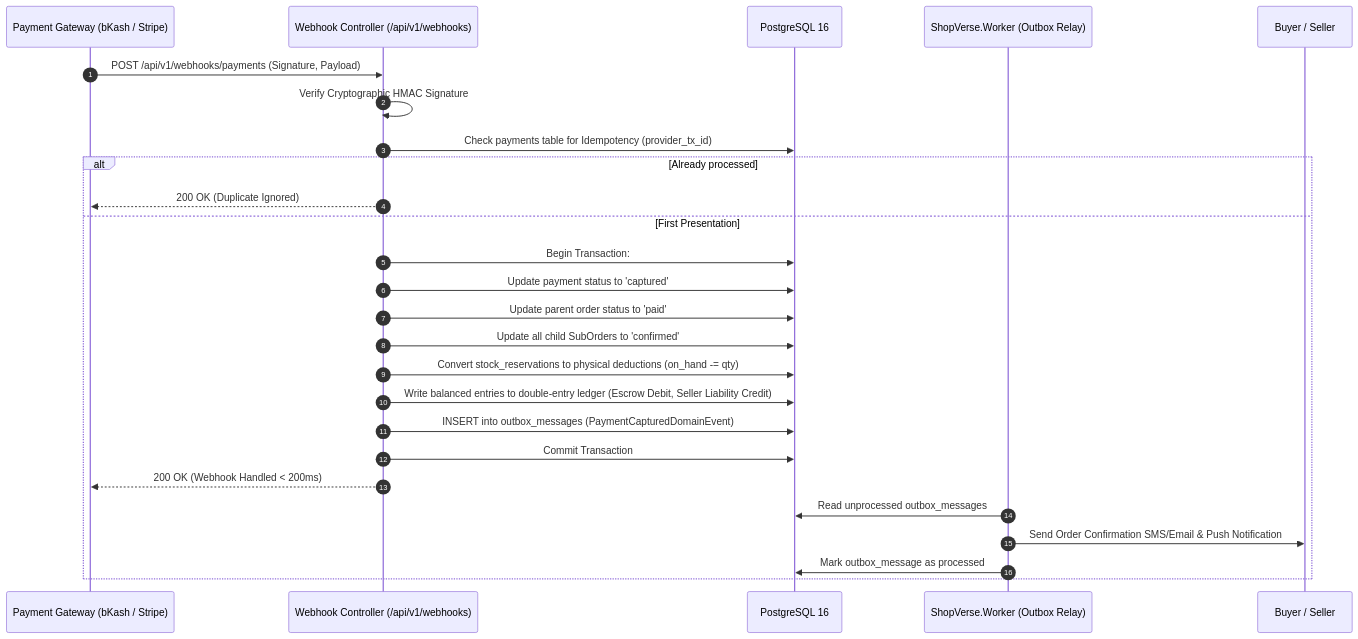
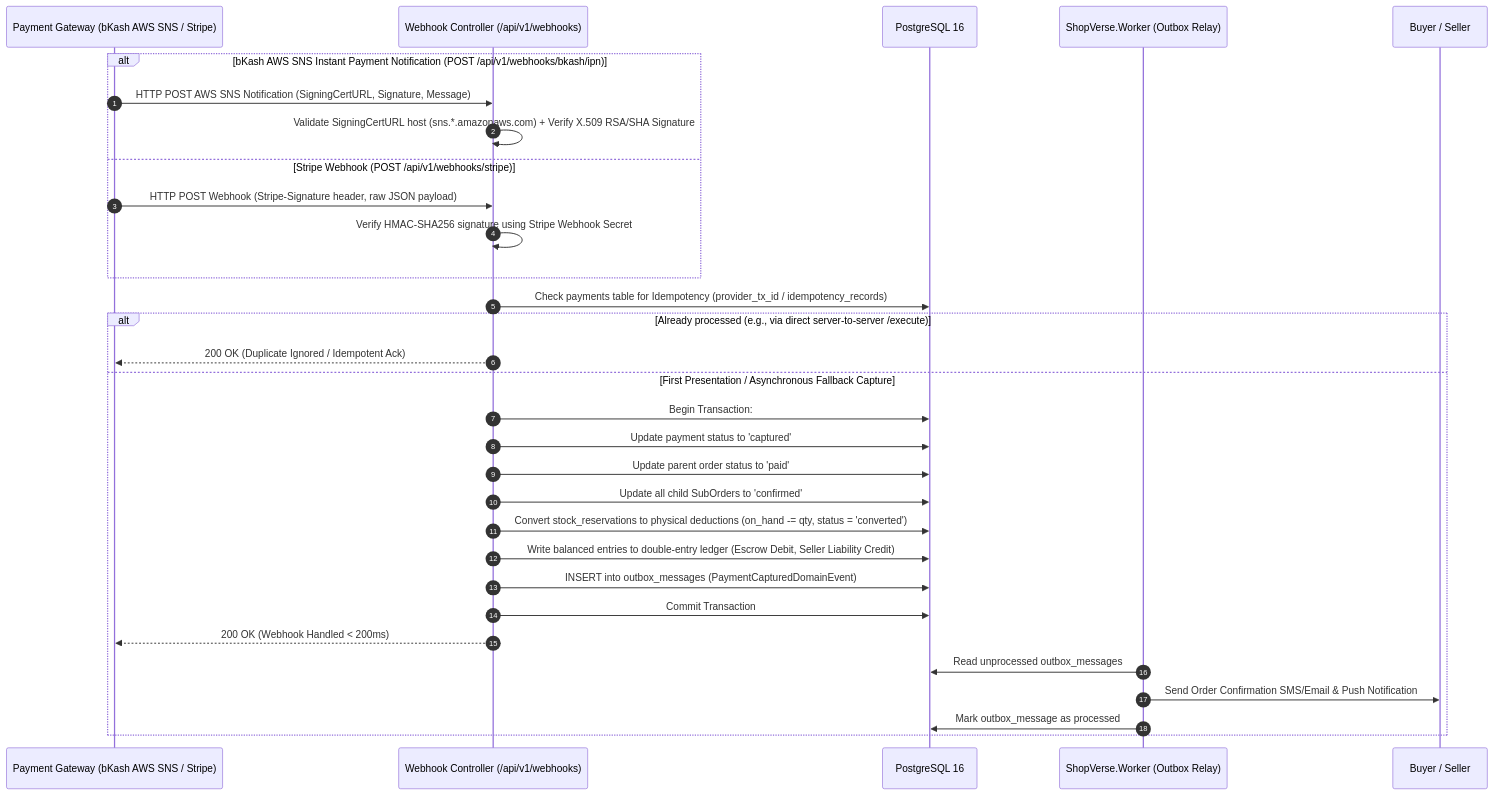
One commit to parvezmosharof2-commits/mechware- changed the fifth of 10 diagrams in docs/ARCHITECTURE.md. Above: the diagram before and after it, drawn with Mermaid. The commit also changed other lines of this file and 9 other files, not shown here.

````diff
--- a/docs/ARCHITECTURE.md
+++ b/docs/ARCHITECTURE.md
@@ -184,32 +207,37 @@
 ```mermaid
 sequenceDiagram
     autonumber
-    participant Gateway as Payment Gateway (bKash / Stripe)
+    participant Gateway as Payment Gateway (bKash AWS SNS / Stripe)
     participant Api as Webhook Controller (/api/v1/webhooks)
     participant PG as PostgreSQL 16
     participant Worker as ShopVerse.Worker (Outbox Relay)
     participant Client as Buyer / Seller
 
-    Gateway->>Api: POST /api/v1/webhooks/payments (Signature, Payload)
-    Api->>Api: Verify Cryptographic HMAC Signature
+    alt bKash AWS SNS Instant Payment Notification (POST /api/v1/webhooks/bkash/ipn)
+        Gateway->>Api: HTTP POST AWS SNS Notification (SigningCertURL, Signature, Message)
+        Api->>Api: Validate SigningCertURL host (sns.*.amazonaws.com) + Verify X.509 RSA/SHA Signature
+    else Stripe Webhook (POST /api/v1/webhooks/stripe)
+        Gateway->>Api: HTTP POST Webhook (Stripe-Signature header, raw JSON payload)
+        Api->>Api: Verify HMAC-SHA256 signature using Stripe Webhook Secret
+    end
     
-    Api->>PG: Check payments table for Idempotency (provider_tx_id)
-    alt Already processed
-        Api-->>Gateway: 200 OK (Duplicate Ignored)
-    else First Presentation
+    Api->>PG: Check payments table for Idempotency (provider_tx_id / idempotency_records)
+    alt Already processed (e.g., via direct server-to-server /execute)
+        Api-->>Gateway: 200 OK (Duplicate Ignored / Idempotent Ack)
+    else First Presentation / Asynchronous Fallback Capture
         Api->>PG: Begin Transaction:
         Api->>PG: Update payment status to 'captured'
         Api->>PG: Update parent order status to 'paid'
         Api->>PG: Update all child SubOrders to 'confirmed'
-        Api->>PG: Convert stock_reservations to physical deductions (on_hand -= qty)
+        Api->>PG: Convert stock_reservations to physical deductions (on_hand -= qty, status = 'converted')
         Api->>PG: Write balanced entries to double-entry ledger (Escrow Debit, Seller Liability Credit)
         Api->>PG: INSERT into outbox_messages (PaymentCapturedDomainEvent)
         Api->>PG: Commit Transaction
         
         Api-->>Gateway: 200 OK (Webhook Handled < 200ms)
         
         Worker->>PG: Read unprocessed outbox_messages
         Worker->>Client: Send Order Confirmation SMS/Email & Push Notification
         Worker->>PG: Mark outbox_message as processed
     end
 ```
````
